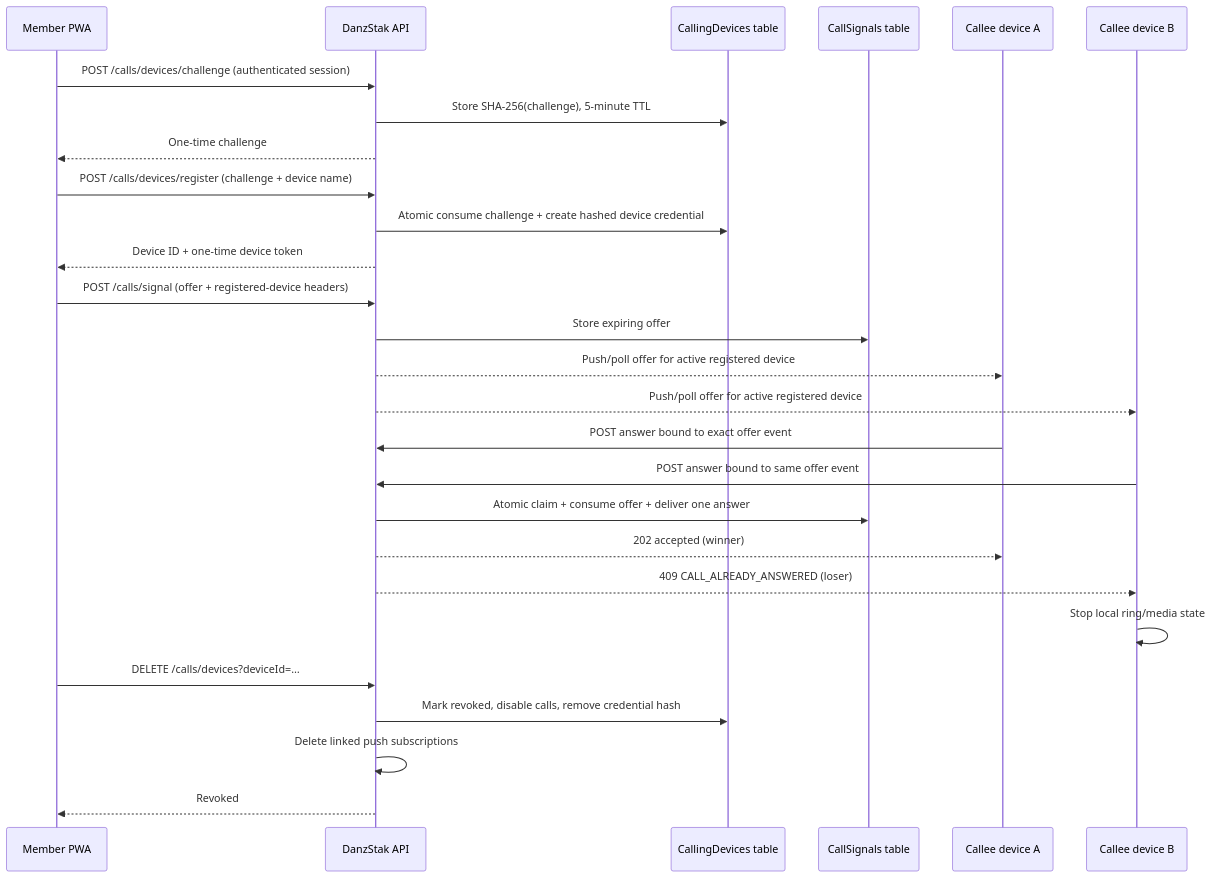
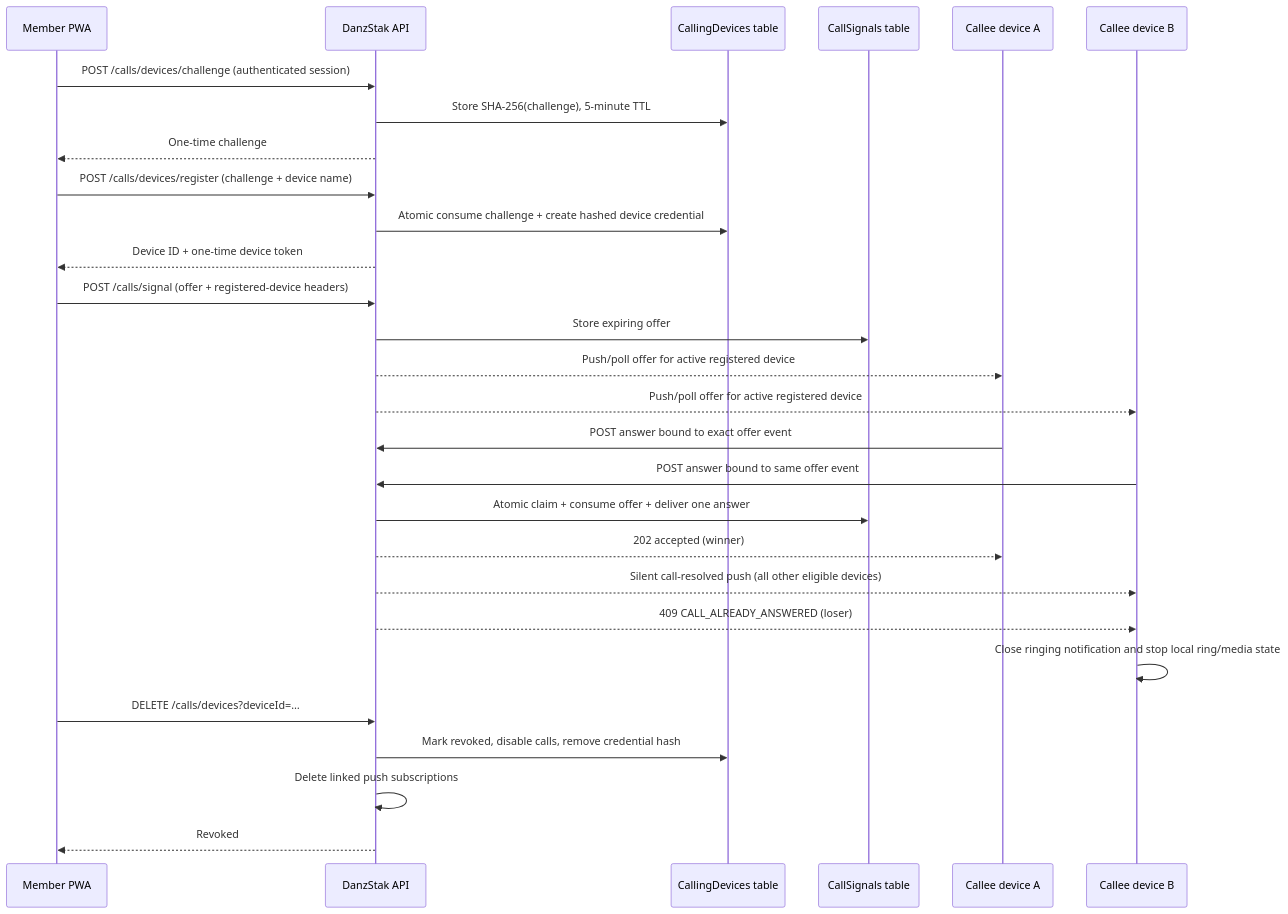
The diagram in docs/SYNC-DEVICE-REGISTRATION.md (danzstak/danzstak-web), drawn with Mermaid before and after one commit. The commit also changed other lines of this file and 16 other files, not shown here.

````diff
--- a/docs/SYNC-DEVICE-REGISTRATION.md
+++ b/docs/SYNC-DEVICE-REGISTRATION.md
@@ -9,32 +9,33 @@
 ```mermaid
 sequenceDiagram
     participant P as Member PWA
     participant API as DanzStak API
     participant D as CallingDevices table
     participant C as CallSignals table
     participant A as Callee device A
     participant B as Callee device B
 
     P->>API: POST /calls/devices/challenge (authenticated session)
     API->>D: Store SHA-256(challenge), 5-minute TTL
     API-->>P: One-time challenge
     P->>API: POST /calls/devices/register (challenge + device name)
     API->>D: Atomic consume challenge + create hashed device credential
     API-->>P: Device ID + one-time device token
 
     P->>API: POST /calls/signal (offer + registered-device headers)
     API->>C: Store expiring offer
     API-->>A: Push/poll offer for active registered device
     API-->>B: Push/poll offer for active registered device
     A->>API: POST answer bound to exact offer event
     B->>API: POST answer bound to same offer event
     API->>C: Atomic claim + consume offer + deliver one answer
     API-->>A: 202 accepted (winner)
+    API-->>B: Silent call-resolved push (all other eligible devices)
     API-->>B: 409 CALL_ALREADY_ANSWERED (loser)
-    B->>B: Stop local ring/media state
+    B->>B: Close ringing notification and stop local ring/media state
 
     P->>API: DELETE /calls/devices?deviceId=…
     API->>D: Mark revoked, disable calls, remove credential hash
     API->>API: Delete linked push subscriptions
     API-->>P: Revoked
 ```
````
